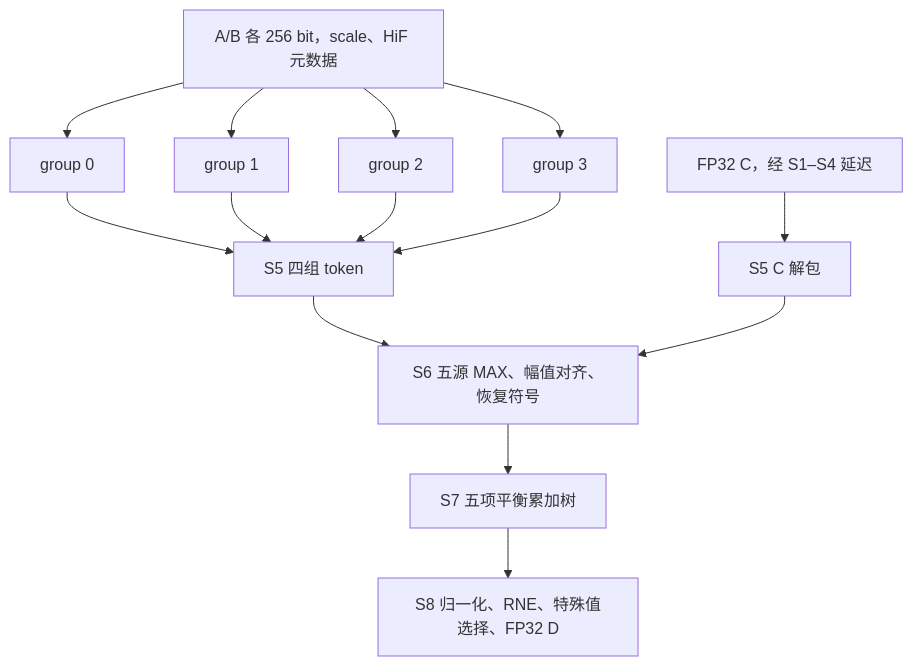
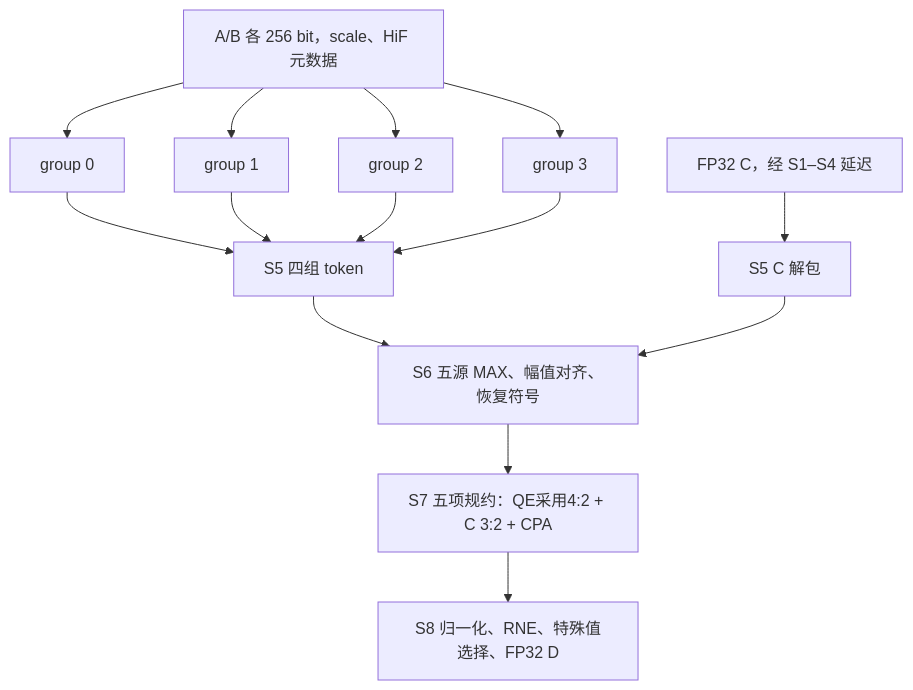
The diagram in src/spec/dp/dptop/low-precision-tops.md (Futuresxy/DP-Puzzel), drawn with Mermaid before and after one commit. The commit also changed other lines of this file and 22 other files, not shown here.

Commit message:
cmodel: verify v1.9 mixed and QE architectures with explicit legacy isolation

````diff
--- a/src/spec/dp/dptop/low-precision-tops.md
+++ b/src/spec/dp/dptop/low-precision-tops.md
@@ -14,16 +16,16 @@
 ```mermaid
 flowchart TD
   AB[A/B 各 256 bit，scale、HiF 元数据] --> G0[group 0]
   AB --> G1[group 1]
   AB --> G2[group 2]
   AB --> G3[group 3]
   G0 --> T[S5 四组 token]
   G1 --> T
   G2 --> T
   G3 --> T
   C[FP32 C，经 S1–S4 延迟] --> CU[S5 C 解包]
   T --> AL[S6 五源 MAX、幅值对齐、恢复符号]
   CU --> AL
-  AL --> SUM[S7 五项平衡累加树]
+  AL --> SUM[S7 五项规约：QE采用4:2 + C 3:2 + CPA]
   SUM --> OUT[S8 归一化、RNE、特殊值选择、FP32 D]
 ```
````
